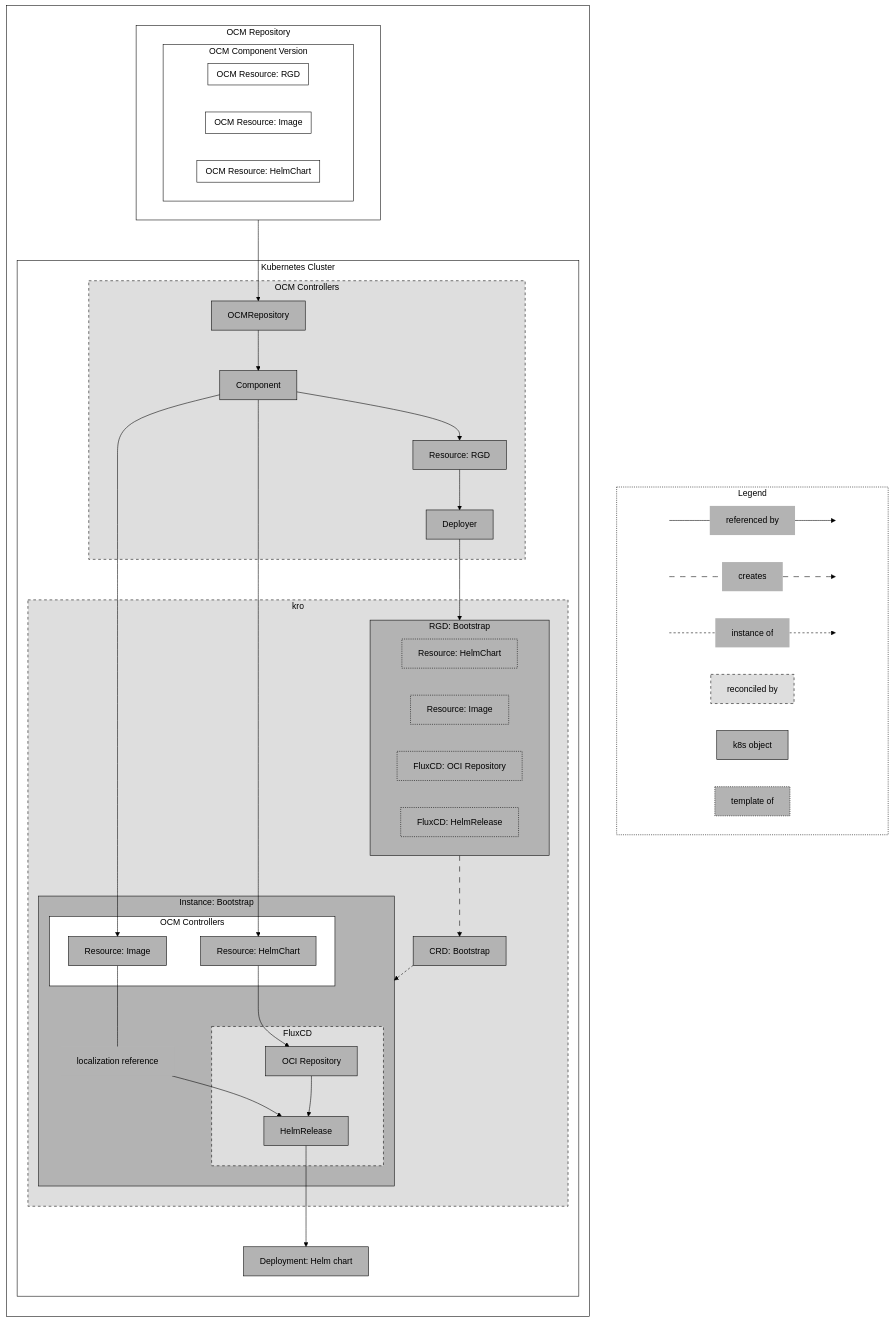
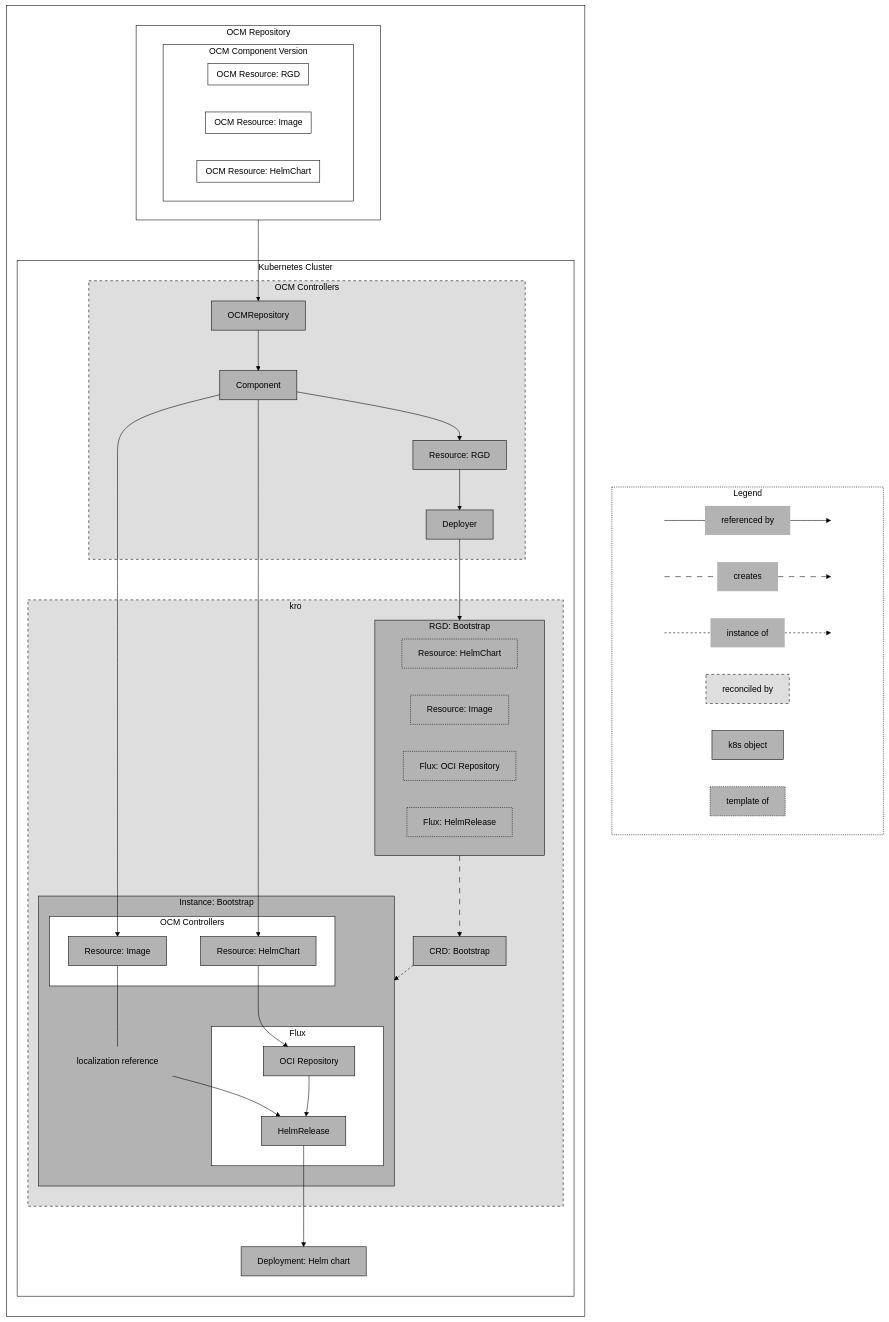
The diagram in content/docs/tutorials/deploy-helm-chart-bootstrap.md (open-component-model/ocm-website), drawn with Mermaid before and after one commit. The commit also changed other lines of this file and 11 other files, not shown here.

```diff
--- a/content/docs/tutorials/deploy-helm-chart-bootstrap.md
+++ b/content/docs/tutorials/deploy-helm-chart-bootstrap.md
@@ -89,8 +89,8 @@
                 subgraph rgd[RGD: Bootstrap]
                     rgdResourceHelm[Resource: HelmChart]
                     rgdResourceImage[Resource: Image]
-                    rgdSource[FluxCD: OCI Repository]
-                    rgdHelmRelease[FluxCD: HelmRelease]
+                    rgdSource[Flux: OCI Repository]
+                    rgdHelmRelease[Flux: HelmRelease]
                 end
                 crdBootstrap[CRD: Bootstrap]
                 subgraph instanceBootstrap[Instance: Bootstrap]
@@ -98,7 +98,7 @@
                         k8sResourceHelm[Resource: HelmChart]
                         k8sResourceImage[Resource: Image]
                     end
-                    subgraph fluxCD[FluxCD]
+                    subgraph flux[Flux]
                         source[OCI Repository]
                         helmRelease[HelmRelease]
                     end
```
